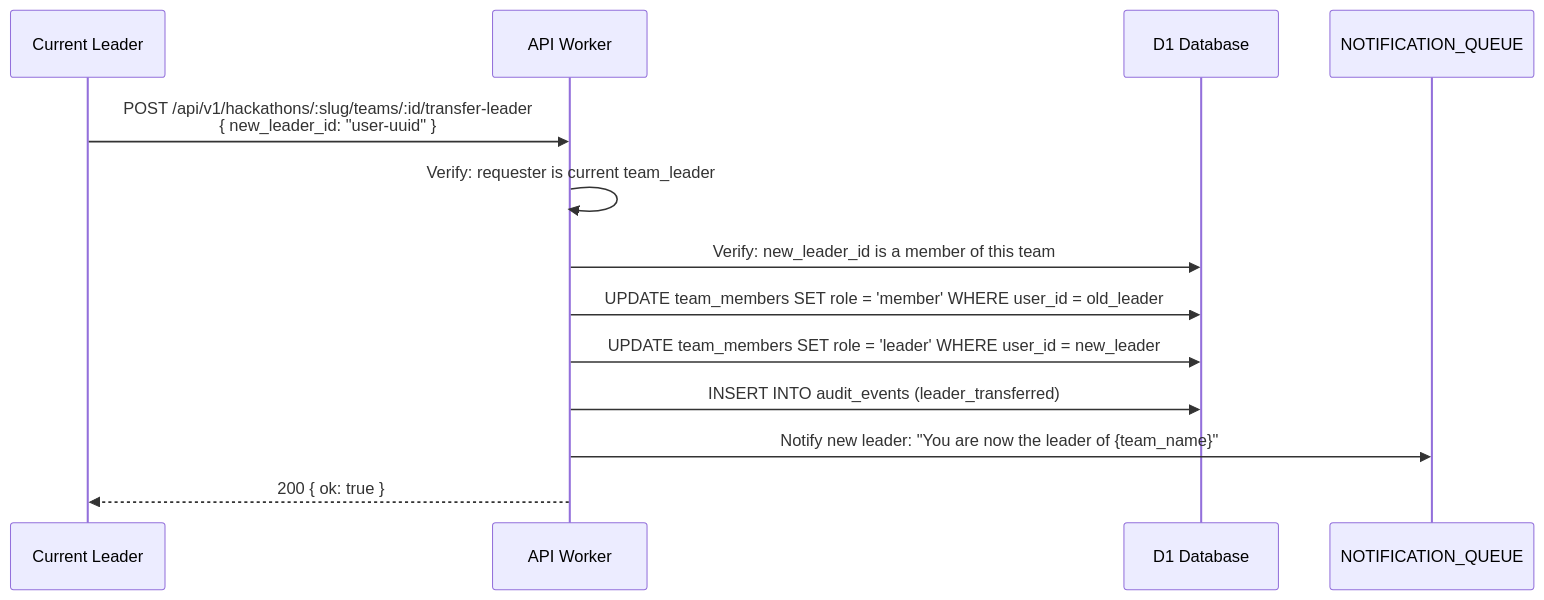
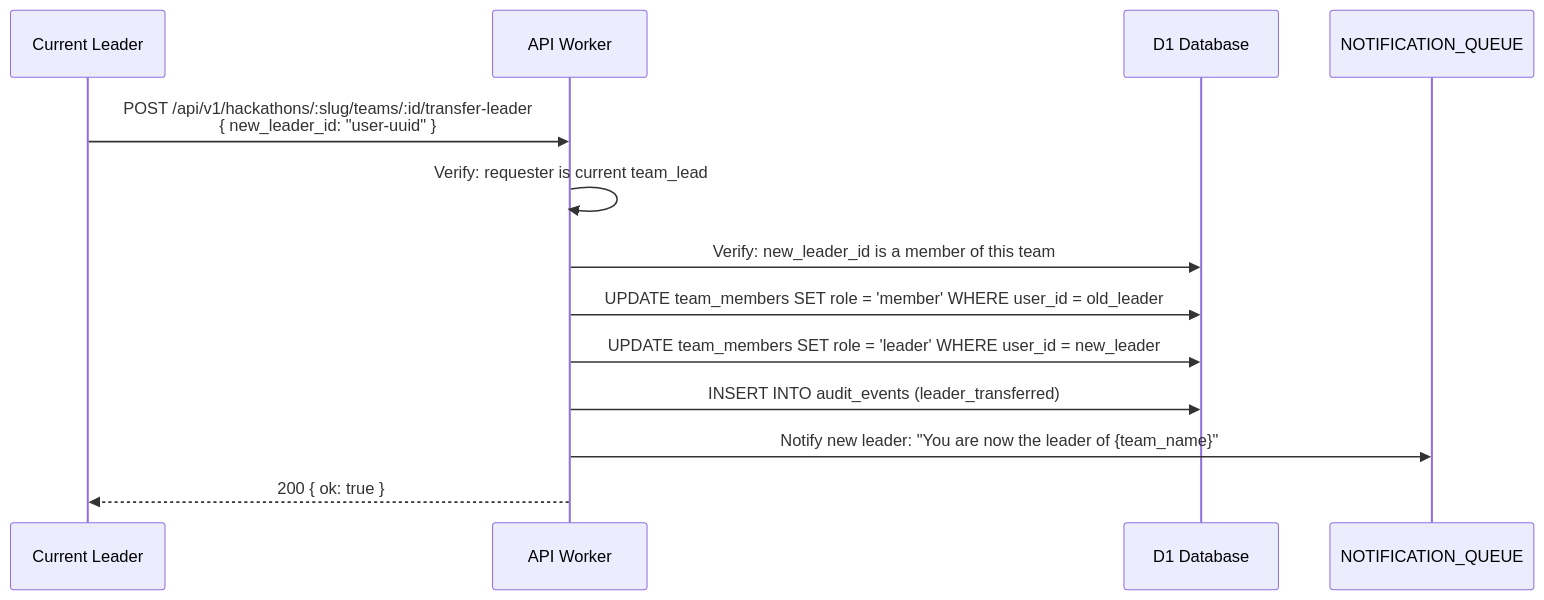
Before and after one commit to devangshupandey2025-stack/DevSage: the eighth of 11 diagrams in docs/v3/planned/team-management.md, drawn with Mermaid. The commit also changed other lines of this file and 2 other files, not shown here.

First line of the commit message:
docs(core): fix canonical role names in lifecycle, roles, and team management docs

````diff
--- a/docs/v3/planned/team-management.md
+++ b/docs/v3/planned/team-management.md
@@ -312,17 +312,17 @@
 ```mermaid
 sequenceDiagram
     participant L as Current Leader
     participant W as API Worker
     participant D1 as D1 Database
     participant Q as NOTIFICATION_QUEUE
 
     L->>W: POST /api/v1/hackathons/:slug/teams/:id/transfer-leader<br/>{ new_leader_id: "user-uuid" }
-    W->>W: Verify: requester is current team_leader
+    W->>W: Verify: requester is current team_lead
     W->>D1: Verify: new_leader_id is a member of this team
 
     W->>D1: UPDATE team_members SET role = 'member' WHERE user_id = old_leader
     W->>D1: UPDATE team_members SET role = 'leader' WHERE user_id = new_leader
     W->>D1: INSERT INTO audit_events (leader_transferred)
     W->>Q: Notify new leader: "You are now the leader of {team_name}"
     W-->>L: 200 { ok: true }
 ```
````
